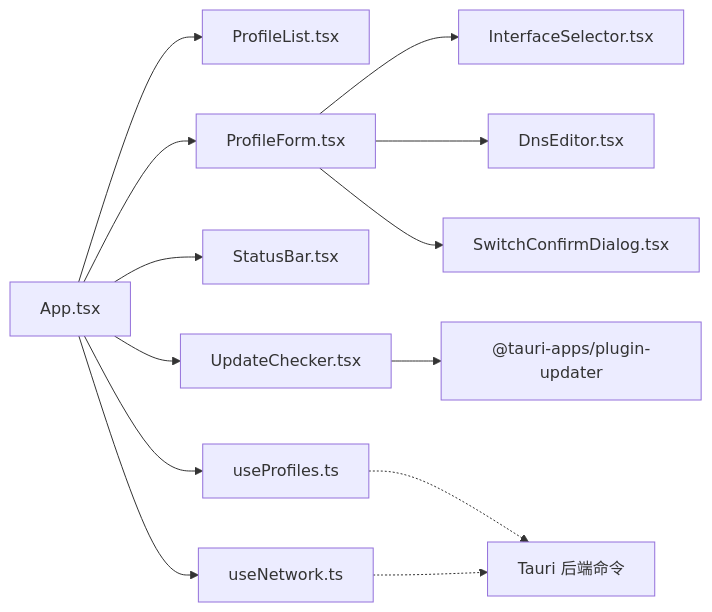
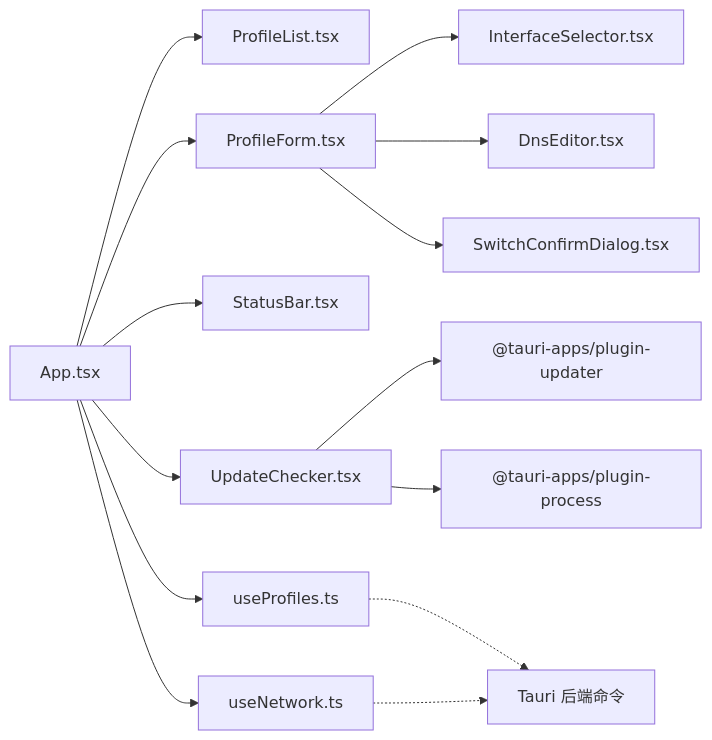
The second of 8 diagrams in .qoder/repowiki/zh/content/前端开发指南/前端开发指南.md (xdongliang/IPSwitcher), drawn with Mermaid before and after one commit. The commit also changed other lines of this file and 2 other files, not shown here.

````diff
--- a/.qoder/repowiki/zh/content/前端开发指南/前端开发指南.md
+++ b/.qoder/repowiki/zh/content/前端开发指南/前端开发指南.md
@@ -91,15 +91,16 @@
 ```mermaid
 graph LR
 App["App.tsx"] --> PL["ProfileList.tsx"]
 App --> PF["ProfileForm.tsx"]
 App --> SB["StatusBar.tsx"]
 App --> UC["UpdateChecker.tsx"]
 PF --> IS["InterfaceSelector.tsx"]
 PF --> DE["DnsEditor.tsx"]
 PF --> SCD["SwitchConfirmDialog.tsx"]
 App --> UP["useProfiles.ts"]
 App --> UN["useNetwork.ts"]
 UC --> Updater["@tauri-apps/plugin-updater"]
+UC --> Process["@tauri-apps/plugin-process"]
 UP -.-> Tauri["Tauri 后端命令"]
 UN -.-> Tauri
 ```
````
